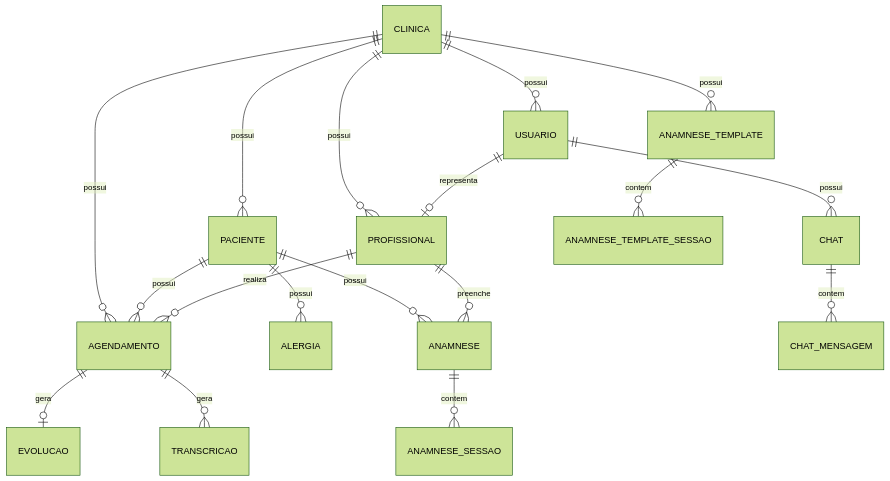
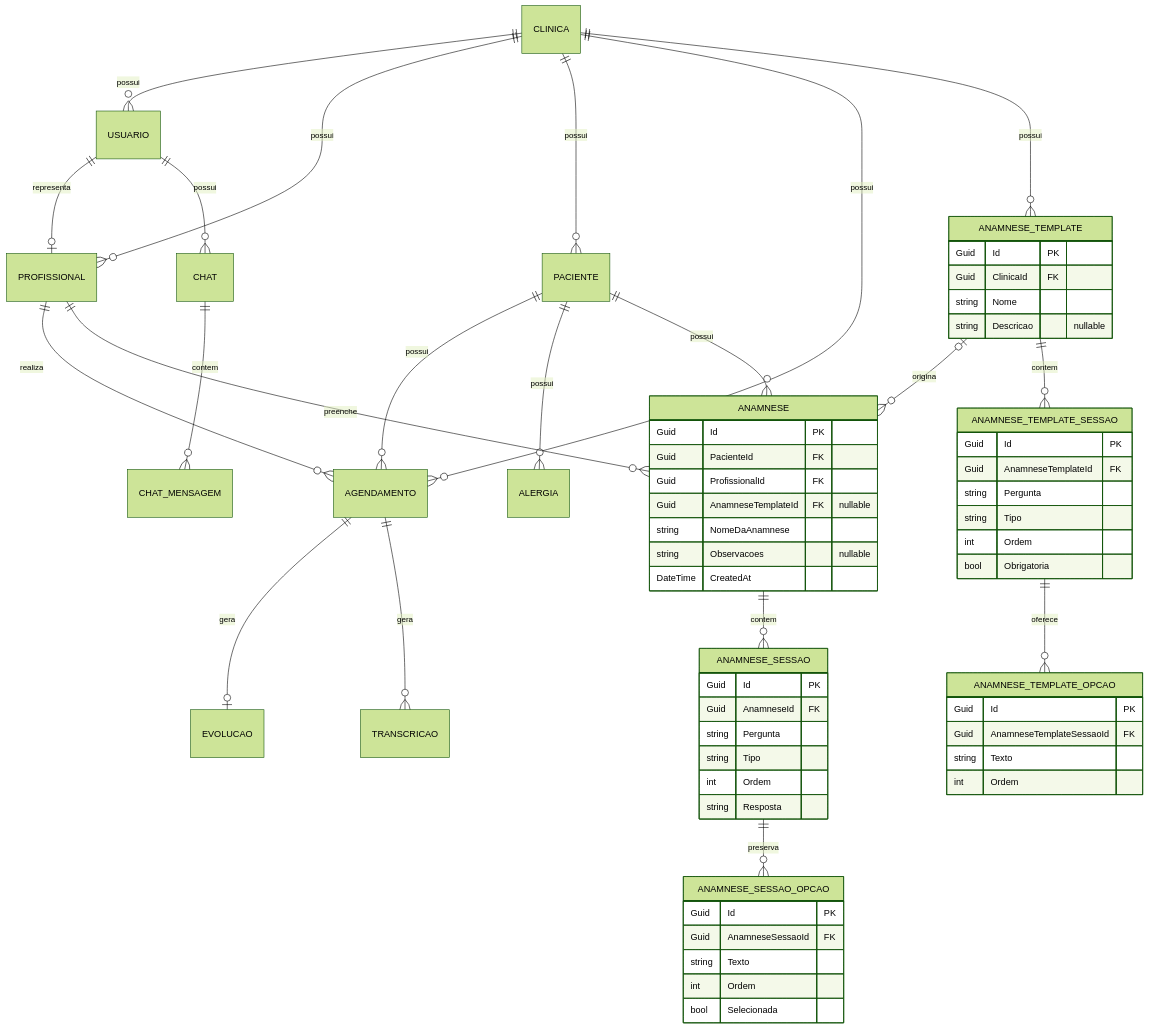
The diagram in documentos/database.md (Bruno-Regis/Iniciacao-cientifica), drawn with Mermaid (forest theme) before and after one commit. The commit also changed other lines of this file and 58 other files, not shown here.

````diff
--- a/documentos/database.md
+++ b/documentos/database.md
@@ -184,26 +195,79 @@
 ```mermaid
 erDiagram
     CLINICA ||--o{ USUARIO : possui
     CLINICA ||--o{ PROFISSIONAL : possui
     CLINICA ||--o{ PACIENTE : possui
     CLINICA ||--o{ AGENDAMENTO : possui
     CLINICA ||--o{ ANAMNESE_TEMPLATE : possui
 
     USUARIO ||--o| PROFISSIONAL : representa
     USUARIO ||--o{ CHAT : possui
 
     PACIENTE ||--o{ AGENDAMENTO : possui
     PACIENTE ||--o{ ALERGIA : possui
     PACIENTE ||--o{ ANAMNESE : possui
 
     PROFISSIONAL ||--o{ AGENDAMENTO : realiza
     PROFISSIONAL ||--o{ ANAMNESE : preenche
 
     ANAMNESE ||--o{ ANAMNESE_SESSAO : contem
+    ANAMNESE_SESSAO ||--o{ ANAMNESE_SESSAO_OPCAO : preserva
+    ANAMNESE_TEMPLATE o|--o{ ANAMNESE : origina
     ANAMNESE_TEMPLATE ||--o{ ANAMNESE_TEMPLATE_SESSAO : contem
+    ANAMNESE_TEMPLATE_SESSAO ||--o{ ANAMNESE_TEMPLATE_OPCAO : oferece
 
     AGENDAMENTO ||--o| EVOLUCAO : gera
     AGENDAMENTO ||--o{ TRANSCRICAO : gera
 
     CHAT ||--o{ CHAT_MENSAGEM : contem
+
+    ANAMNESE {
+        Guid Id PK
+        Guid PacienteId FK
+        Guid ProfissionalId FK
+        Guid AnamneseTemplateId FK "nullable"
+        string NomeDaAnamnese
+        string Observacoes "nullable"
+        DateTime CreatedAt
+    }
+
+    ANAMNESE_SESSAO {
+        Guid Id PK
+        Guid AnamneseId FK
+        string Pergunta
+        string Tipo
+        int Ordem
+        string Resposta
+    }
+
+    ANAMNESE_SESSAO_OPCAO {
+        Guid Id PK
+        Guid AnamneseSessaoId FK
+        string Texto
+        int Ordem
+        bool Selecionada
+    }
+
+    ANAMNESE_TEMPLATE {
+        Guid Id PK
+        Guid ClinicaId FK
+        string Nome
+        string Descricao "nullable"
+    }
+
+    ANAMNESE_TEMPLATE_SESSAO {
+        Guid Id PK
+        Guid AnamneseTemplateId FK
+        string Pergunta
+        string Tipo
+        int Ordem
+        bool Obrigatoria
+    }
+
+    ANAMNESE_TEMPLATE_OPCAO {
+        Guid Id PK
+        Guid AnamneseTemplateSessaoId FK
+        string Texto
+        int Ordem
+    }
 ```
````
